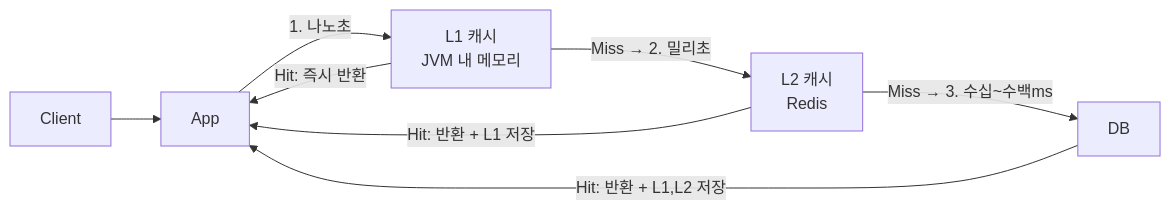
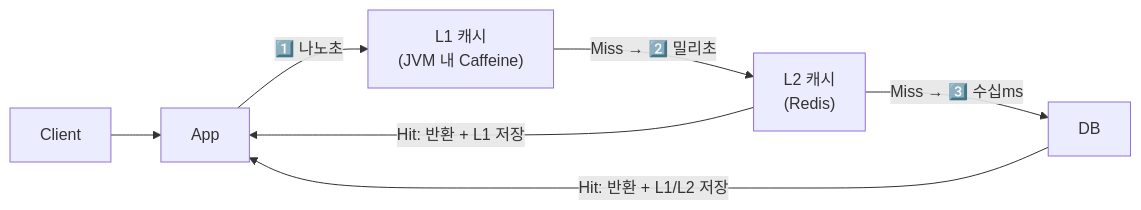
Before and after one commit to yjkim2015/yjkim2015.github.io: the sixth of 6 diagrams in _posts/caching/2026-05-01-caching-strategy.md, drawn with Mermaid. The commit also changed other lines of this file and 34 other files, not shown here.

First line of the commit message:
Full quality pass: 41 files — ASCII removed, 동작원리 보강, diagrams

```diff
--- a/_posts/caching/2026-05-01-caching-strategy.md
+++ b/_posts/caching/2026-05-01-caching-strategy.md
@@ -664,10 +384,9 @@
 <div class="mermaid">
 graph LR
     Client --> App
-    App -->|1. 나노초| L1["L1 캐시\nJVM 내 메모리"]
-    L1 -->|Miss → 2. 밀리초| L2["L2 캐시\nRedis"]
-    L2 -->|Miss → 3. 수십~수백ms| DB
-    L1 -->|Hit: 즉시 반환| App
-    L2 -->|Hit: 반환 + L1 저장| App
-    DB -->|Hit: 반환 + L1,L2 저장| App
+    App -->|"1️⃣ 나노초"| L1["L1 캐시\n(JVM 내 Caffeine)"]
+    L1 -->|"Miss → 2️⃣ 밀리초"| L2["L2 캐시\n(Redis)"]
+    L2 -->|"Miss → 3️⃣ 수십ms"| DB["DB"]
+    L2 -->|"Hit: 반환 + L1 저장"| App
+    DB -->|"Hit: 반환 + L1/L2 저장"| App
 </div>
```
